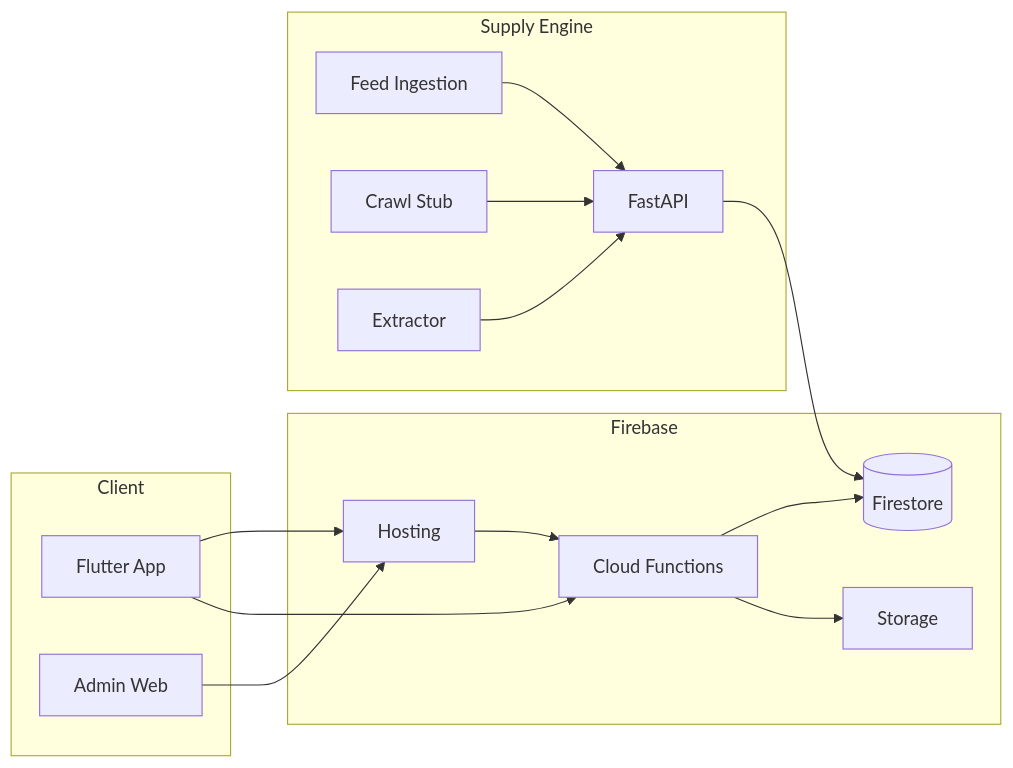
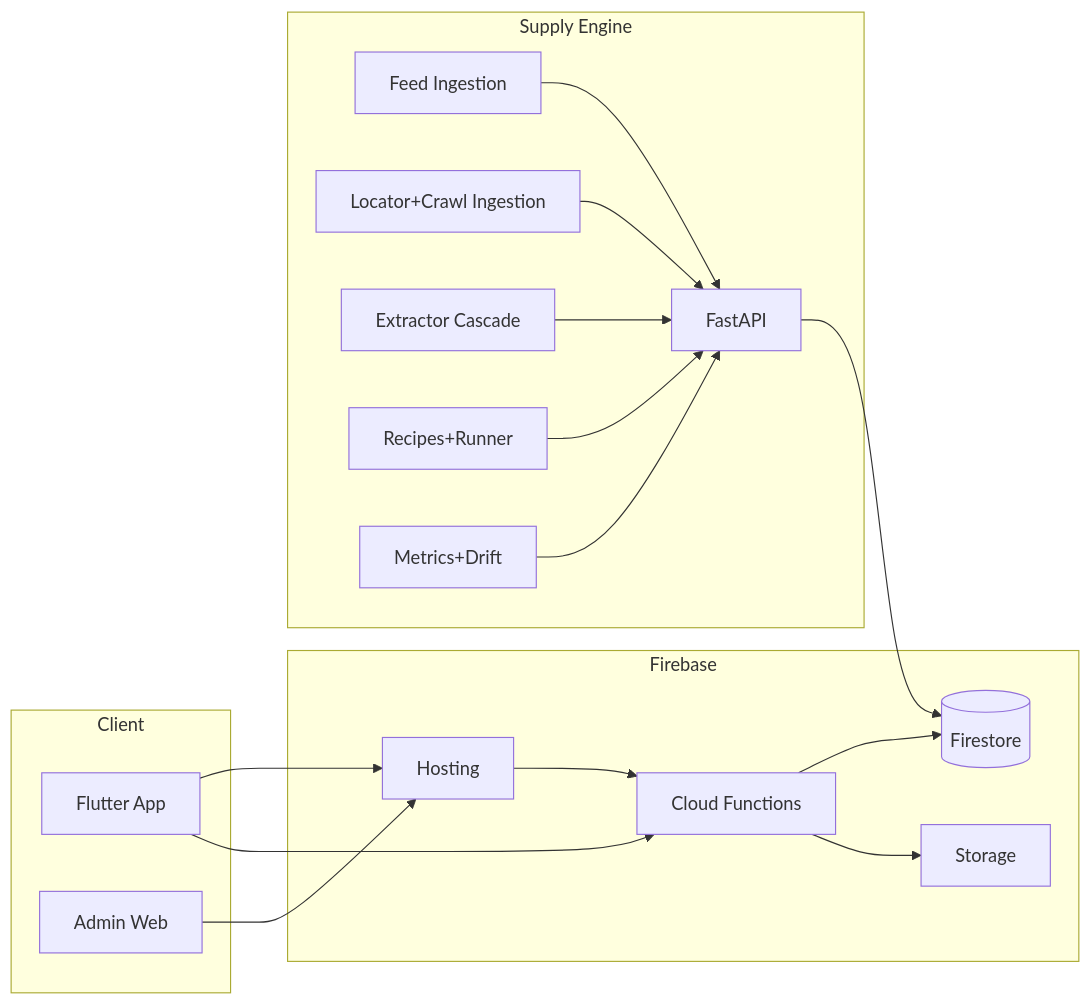
One commit to JoDavidsson/swiper changed the diagram in docs/ARCHITECTURE.md. Above: the diagram before and after it, drawn with Mermaid. The commit also changed other lines of this file and 103 other files, not shown here.

````diff
--- a/docs/ARCHITECTURE.md
+++ b/docs/ARCHITECTURE.md
@@ -33,29 +34,33 @@
 ```mermaid
 flowchart LR
   subgraph client [Client]
     FlutterApp[Flutter App]
     AdminWeb[Admin Web]
   end
   subgraph firebase [Firebase]
     Hosting[Hosting]
     Functions[Cloud Functions]
     Firestore[(Firestore)]
     Storage[Storage]
   end
   subgraph supply [Supply Engine]
     FastAPI[FastAPI]
     Feed[Feed Ingestion]
-    Crawl[Crawl Stub]
-    Extract[Extractor]
+    Crawl[Locator+Crawl Ingestion]
+    Extract[Extractor Cascade]
+    Recipes[Recipes+Runner]
+    Monitor[Metrics+Drift]
   end
   FlutterApp --> Hosting
   AdminWeb --> Hosting
   Hosting --> Functions
   FlutterApp --> Functions
   Functions --> Firestore
   Functions --> Storage
   FastAPI --> Firestore
   Feed --> FastAPI
   Crawl --> FastAPI
   Extract --> FastAPI
+  Recipes --> FastAPI
+  Monitor --> FastAPI
 ```
````
